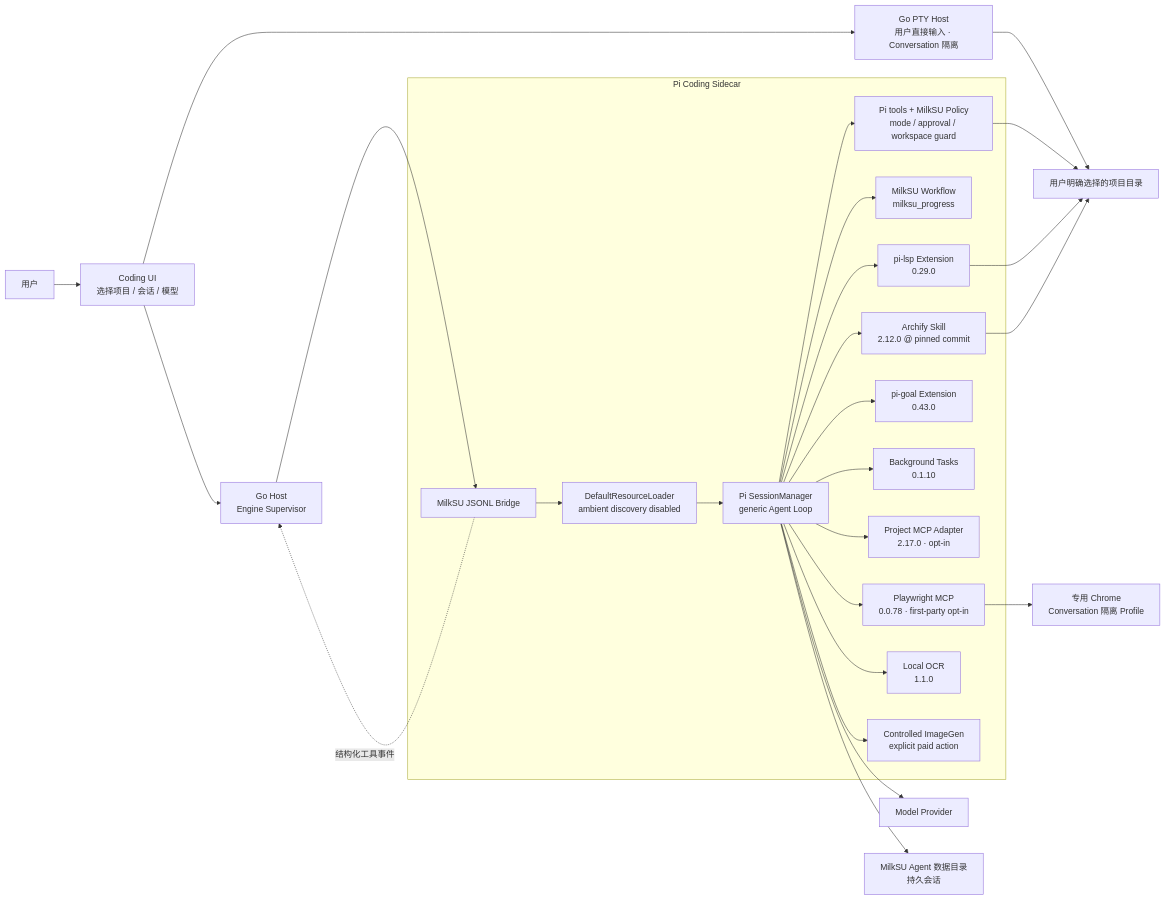
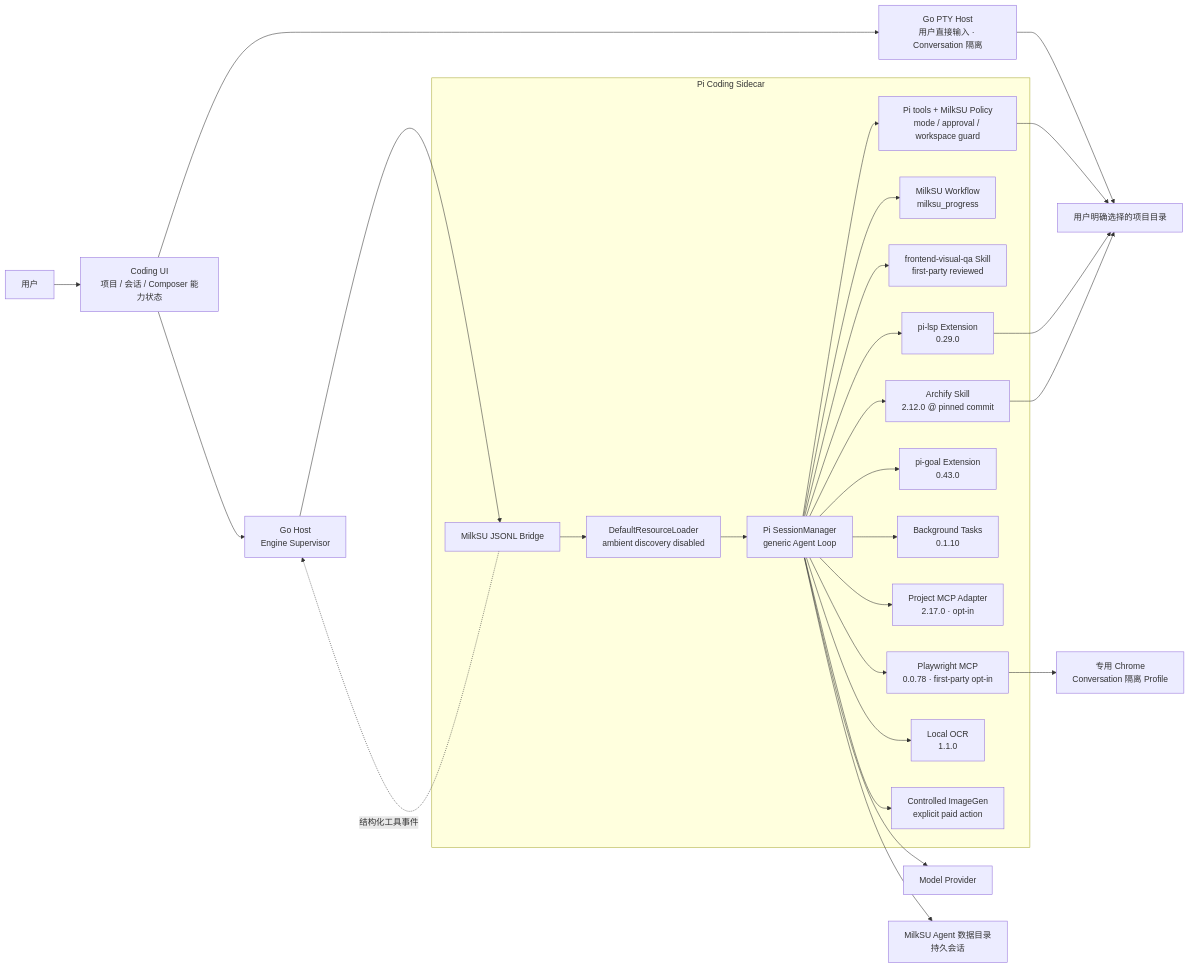
The first of 3 diagrams in docs/architecture/coding-agent-pi-extension-boundary.md (MilkSU-Official/milksu), drawn with Mermaid before and after one commit. The commit also changed other lines of this file and 12 other files, not shown here.

````diff
--- a/docs/architecture/coding-agent-pi-extension-boundary.md
+++ b/docs/architecture/coding-agent-pi-extension-boundary.md
@@ -19,48 +19,50 @@
 ```mermaid
 flowchart LR
     user["用户"]
-    vue["Coding UI<br/>选择项目 / 会话 / 模型"]
+    vue["Coding UI<br/>项目 / 会话 / Composer 能力状态"]
     host["Go Host<br/>Engine Supervisor"]
     pty["Go PTY Host<br/>用户直接输入 · Conversation 隔离"]
 
     subgraph sidecar["Pi Coding Sidecar"]
         bridge["MilkSU JSONL Bridge"]
         loader["DefaultResourceLoader<br/>ambient discovery disabled"]
         session["Pi SessionManager<br/>generic Agent Loop"]
         coreTools["Pi tools + MilkSU Policy<br/>mode / approval / workspace guard"]
         workflow["MilkSU Workflow<br/>milksu_progress"]
+        frontendQa["frontend-visual-qa Skill<br/>first-party reviewed"]
         archify["Archify Skill<br/>2.12.0 @ pinned commit"]
         lsp["pi-lsp Extension<br/>0.29.0"]
         goal["pi-goal Extension<br/>0.43.0"]
         background["Background Tasks<br/>0.1.10"]
         mcp["Project MCP Adapter<br/>2.17.0 · opt-in"]
         browserMcp["Playwright MCP<br/>0.0.78 · first-party opt-in"]
         ocr["Local OCR<br/>1.1.0"]
         imagegen["Controlled ImageGen<br/>explicit paid action"]
     end
 
     provider["Model Provider"]
     project["用户明确选择的项目目录"]
     agentData["MilkSU Agent 数据目录<br/>持久会话"]
 
     user --> vue --> host --> bridge
     vue --> pty --> project
     bridge --> loader --> session
     session --> coreTools
     session --> workflow
+    session --> frontendQa
     session --> archify
     session --> lsp
     session --> goal
     session --> background
     session --> mcp
     session --> browserMcp
     session --> ocr
     session --> imagegen
     session --> provider
     coreTools --> project
     lsp --> project
     archify --> project
     browserMcp --> managedBrowser["专用 Chrome<br/>Conversation 隔离 Profile"]
     session --> agentData
     bridge -. "结构化工具事件" .-> host
 ```
````
